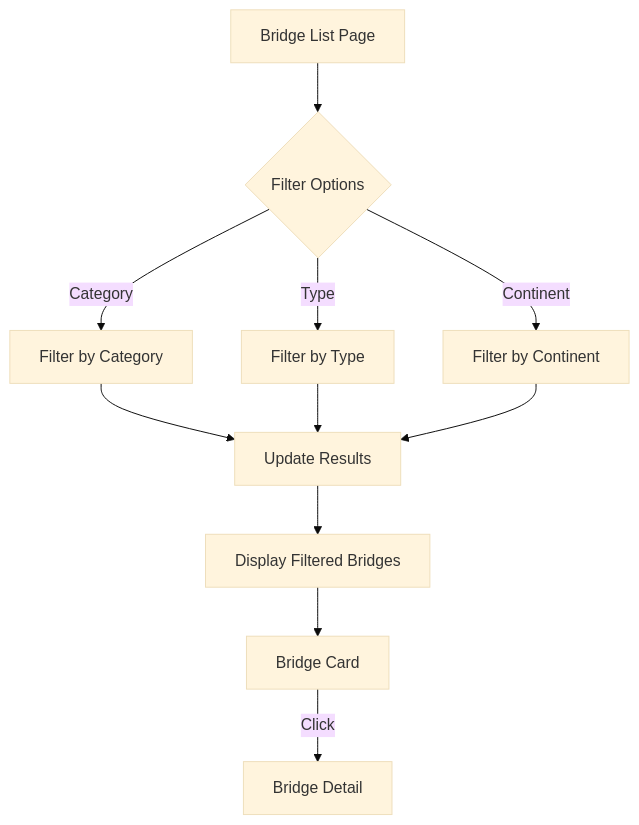
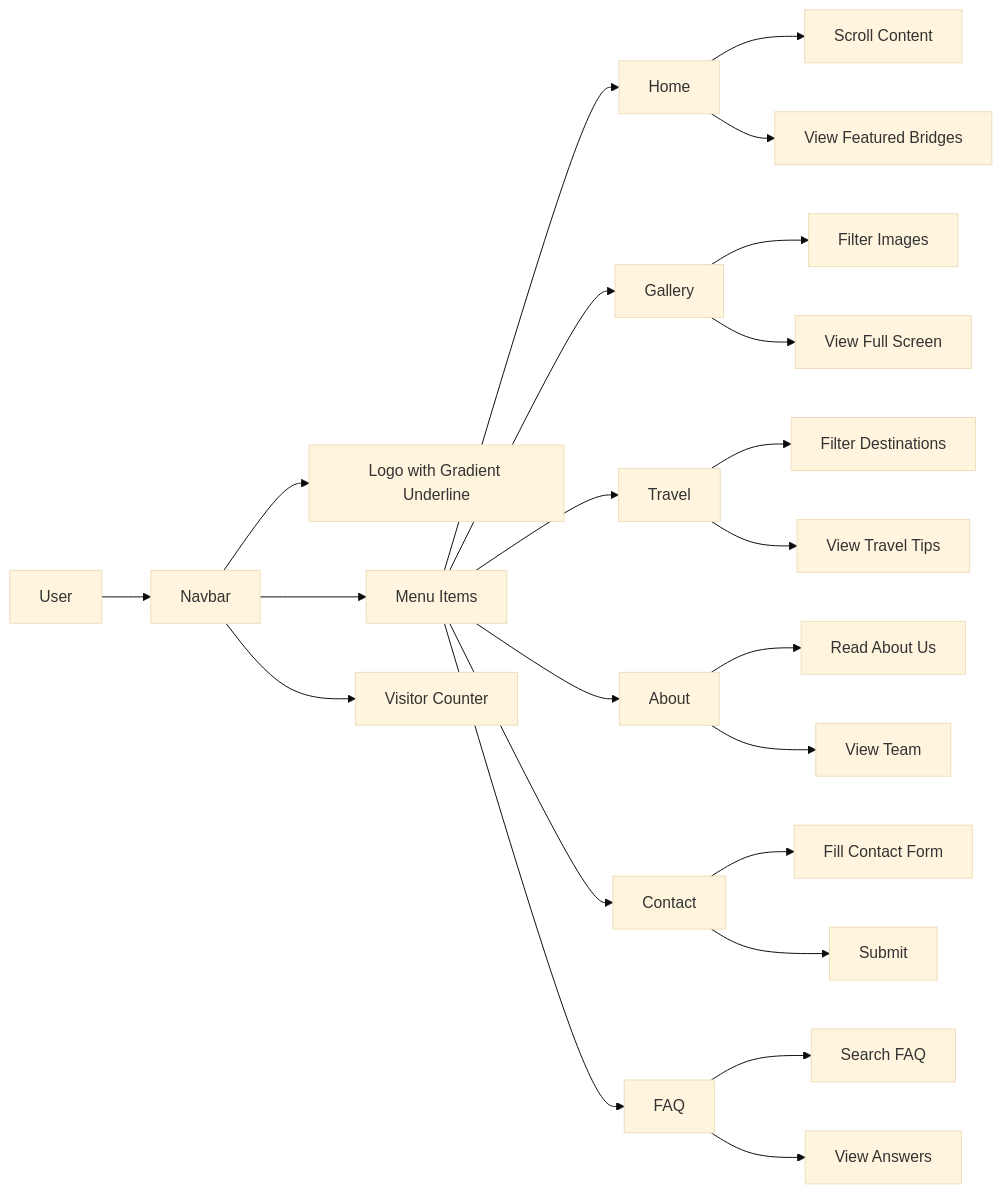
Before and after one commit to yolithrones/bridges-website-app: the second of 6 diagrams in documentation/FLOW_CHARTS.md, drawn with Mermaid (base theme). The commit also changed other lines of this file and 16 other files, not shown here.

````diff
--- a/documentation/FLOW_CHARTS.md
+++ b/documentation/FLOW_CHARTS.md
@@ -19,13 +40,32 @@
 ```mermaid
-graph TD
-    A[Bridge List Page] --> B{Filter Options}
-    B -->|Category| C[Filter by Category]
-    B -->|Type| D[Filter by Type]
-    B -->|Continent| E[Filter by Continent]
-    C --> F[Update Results]
-    D --> F
-    E --> F
-    F --> G[Display Filtered Bridges]
-    G --> H[Bridge Card]
-    H -->|Click| I[Bridge Detail]
+graph LR
+    A[User] --> B[Navbar]
+    B --> C[Logo with Gradient Underline]
+    B --> D[Menu Items]
+    B --> E[Visitor Counter]
+    
+    D --> F[Home]
+    D --> G[Gallery]
+    D --> H[Travel]
+    D --> I[About]
+    D --> J[Contact]
+    D --> K[FAQ]
+    
+    F --> L[Scroll Content]
+    F --> M[View Featured Bridges]
+    
+    G --> N[Filter Images]
+    G --> O[View Full Screen]
+    
+    H --> P[Filter Destinations]
+    H --> Q[View Travel Tips]
+    
+    I --> R[Read About Us]
+    I --> S[View Team]
+    
+    J --> T[Fill Contact Form]
+    J --> U[Submit]
+    
+    K --> V[Search FAQ]
+    K --> W[View Answers]
 ```
````
